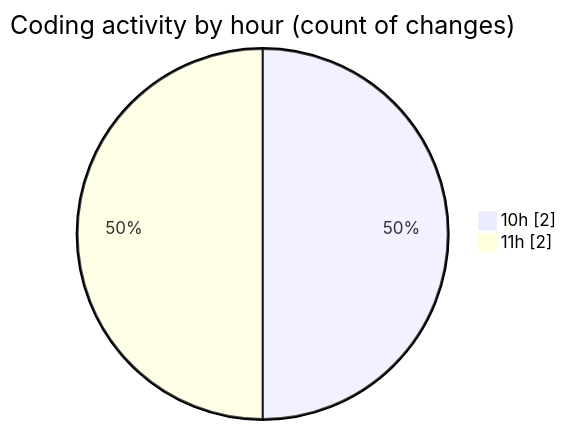
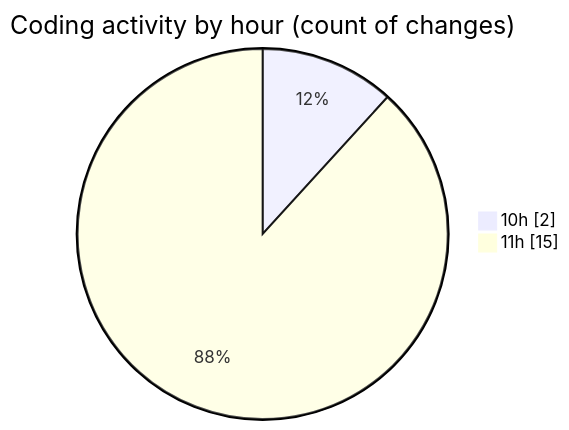
Before and after one commit to nxtqubesakshisongat/code-tracking: the second of 2 diagrams in 2025-05-14/argos-dev/README.md, drawn with Mermaid. The commit also changed other lines of this file and 1 other file, not shown here.

````diff
--- a/2025-05-14/argos-dev/README.md
+++ b/2025-05-14/argos-dev/README.md
@@ -29,6 +32,6 @@
 ```mermaid
 pie showData
 title Coding activity by hour (count of changes)
 "10h" : 2
-"11h" : 2
+"11h" : 15
 ```
````
